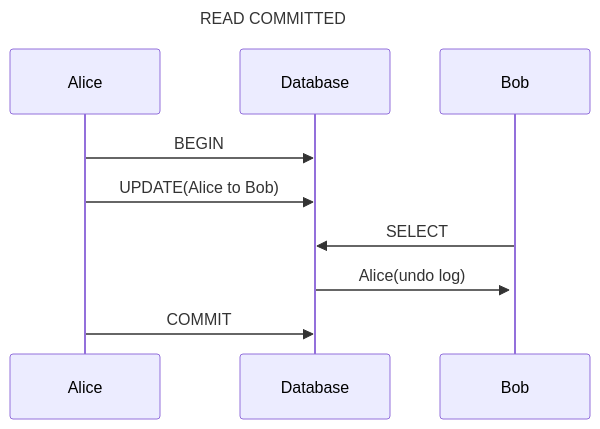
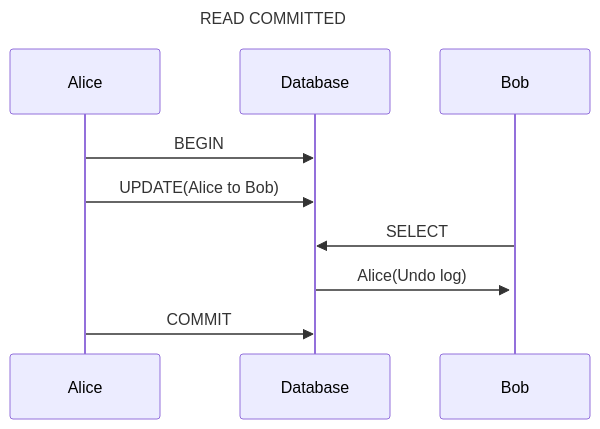
Before and after one commit to greeng00se/greeng00se.github.io: the second of 5 diagrams in blog/2023-04-05-트랜잭션과 격리수준.mdx, drawn with Mermaid.

Commit message:
오탈자 수정

````diff
--- a/blog/2023-04-05-트랜잭션과 격리수준.mdx
+++ b/blog/2023-04-05-트랜잭션과 격리수준.mdx
@@ -63,11 +63,11 @@
 ```mermaid
 ---
 title: READ COMMITTED
 ---
 sequenceDiagram
     Alice->>Database: BEGIN
     Alice->>Database: UPDATE(Alice to Bob)
     Bob->>Database: SELECT
-    Database->>+Bob: Alice(undo log)
+    Database->>+Bob: Alice(Undo log)
     Alice->>Database: COMMIT
 ```
````
